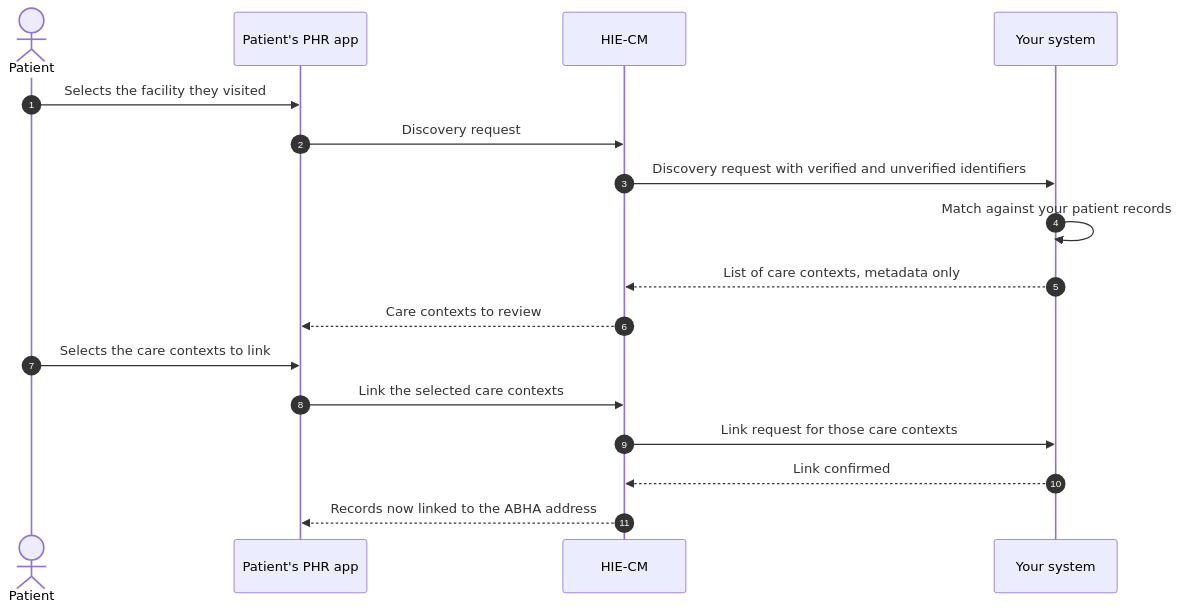
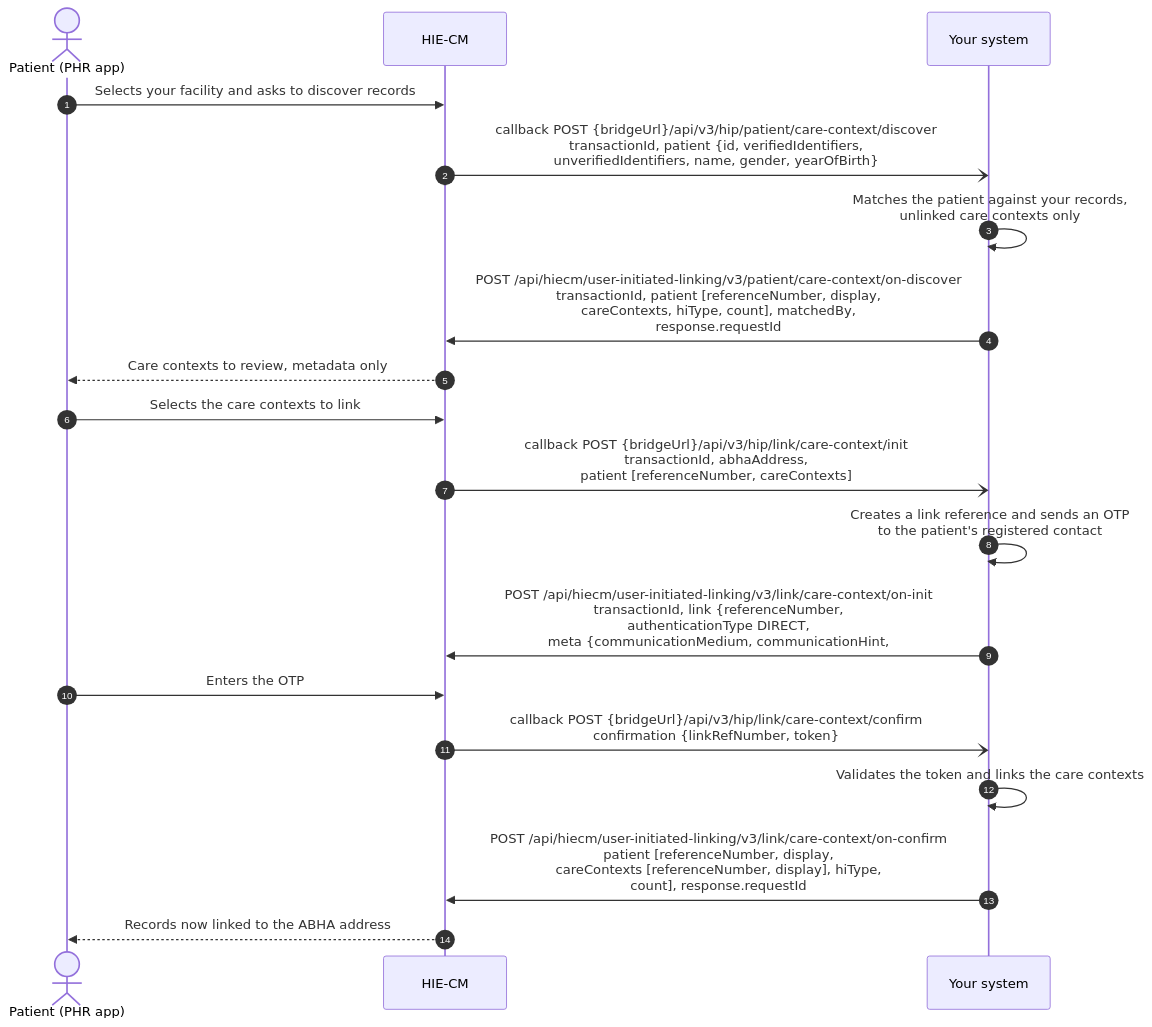
One commit to nha-in/docs changed the second of 3 diagrams in site/docs/hiecm/v3/milestones/m2.mdx. Above: the diagram before and after it, drawn with Mermaid. The commit also changed other lines of this file and 4 other files, not shown here.

````diff
--- a/site/docs/hiecm/v3/milestones/m2.mdx
+++ b/site/docs/hiecm/v3/milestones/m2.mdx
@@ -175,19 +177,21 @@
 ```mermaid
 sequenceDiagram
     autonumber
-    actor P as Patient
-    participant A as Patient's PHR app
+    actor P as Patient (PHR app)
     participant CM as HIE-CM
     participant S as Your system
-    P->>A: Selects the facility they visited
-    A->>CM: Discovery request
-    CM->>S: Discovery request with verified and unverified identifiers
-    S->>S: Match against your patient records
-    S-->>CM: List of care contexts, metadata only
-    CM-->>A: Care contexts to review
-    P->>A: Selects the care contexts to link
-    A->>CM: Link the selected care contexts
-    CM->>S: Link request for those care contexts
-    S-->>CM: Link confirmed
-    CM-->>A: Records now linked to the ABHA address
+    P->>CM: Selects your facility and asks to discover records
+    CM-)S: callback POST {bridgeUrl}/api/v3/hip/patient/care-context/discover<br/>transactionId, patient {id, verifiedIdentifiers,<br/>unverifiedIdentifiers, name, gender, yearOfBirth}
+    S->>S: Matches the patient against your records,<br/>unlinked care contexts only
+    S->>CM: POST /api/hiecm/user-initiated-linking/v3/patient/care-context/on-discover<br/>transactionId, patient [referenceNumber, display,<br/>careContexts, hiType, count], matchedBy,<br/>response.requestId
+    CM-->>P: Care contexts to review, metadata only
+    P->>CM: Selects the care contexts to link
+    CM-)S: callback POST {bridgeUrl}/api/v3/hip/link/care-context/init<br/>transactionId, abhaAddress,<br/>patient [referenceNumber, careContexts]
+    S->>S: Creates a link reference and sends an OTP<br/>to the patient's registered contact
+    S->>CM: POST /api/hiecm/user-initiated-linking/v3/link/care-context/on-init<br/>transactionId, link {referenceNumber,<br/>authenticationType DIRECT,<br/>meta {communicationMedium, communicationHint,
+    P->>CM: Enters the OTP
+    CM-)S: callback POST {bridgeUrl}/api/v3/hip/link/care-context/confirm<br/>confirmation {linkRefNumber, token}
+    S->>S: Validates the token and links the care contexts
+    S->>CM: POST /api/hiecm/user-initiated-linking/v3/link/care-context/on-confirm<br/>patient [referenceNumber, display,<br/>careContexts [referenceNumber, display], hiType,<br/>count], response.requestId
+    CM-->>P: Records now linked to the ABHA address
 ```
````
